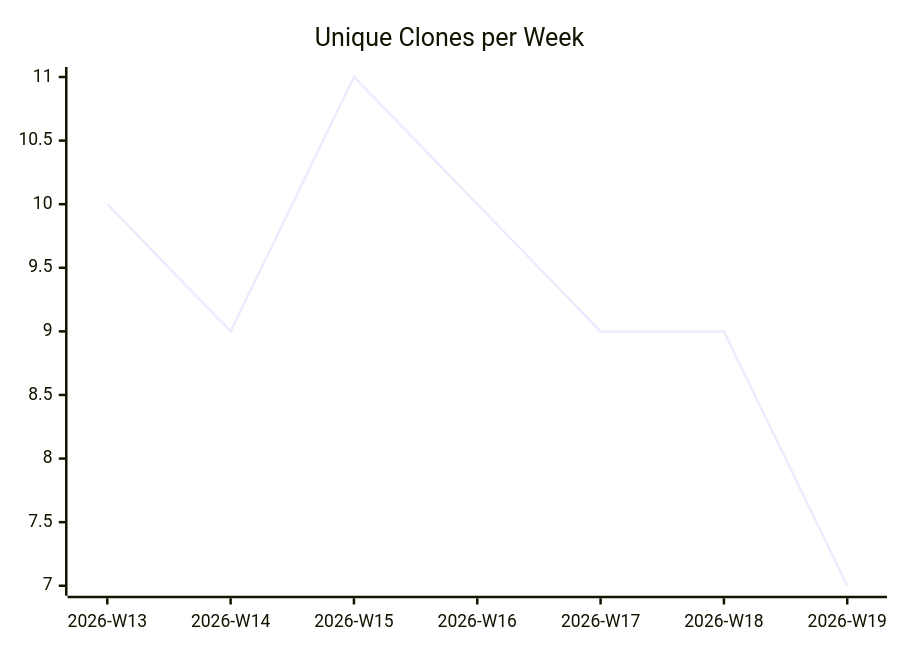
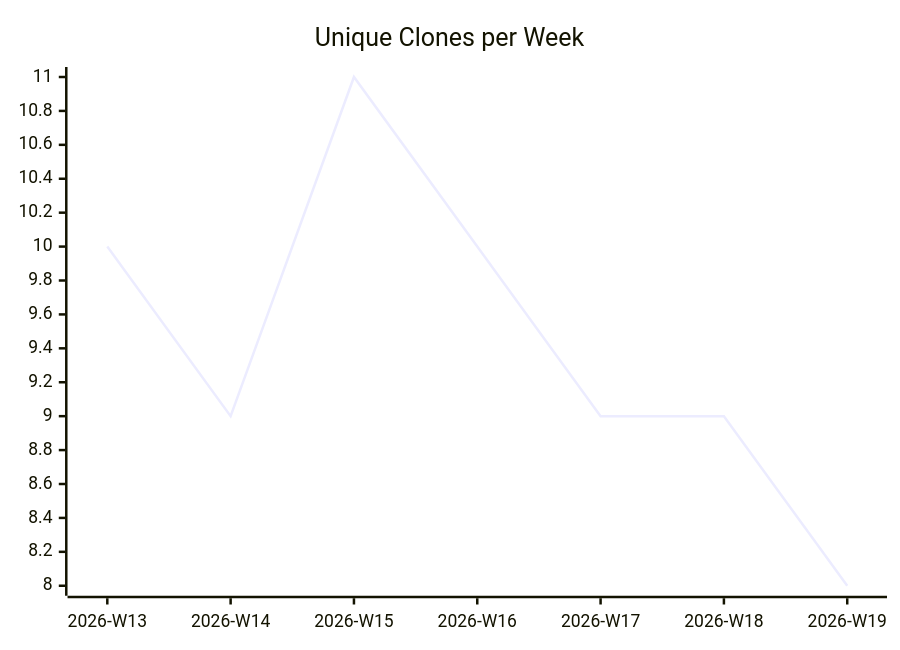
One commit to justdavis-family/github-analytics-data changed the third of 3 diagrams in karlmdavis/usgs-water-api-java/README.md. Above: the diagram before and after it, drawn with Mermaid. The commit also changed other lines of this file and 172 other files, not shown here.

````diff
--- a/karlmdavis/usgs-water-api-java/README.md
+++ b/karlmdavis/usgs-water-api-java/README.md
@@ -19,6 +19,6 @@
 ```mermaid
 xychart-beta
   title "Unique Clones per Week"
   x-axis ["2026-W13", "2026-W14", "2026-W15", "2026-W16", "2026-W17", "2026-W18", "2026-W19"]
-  line [10, 9, 11, 10, 9, 9, 7]
+  line [10, 9, 11, 10, 9, 9, 8]
 ```
````
